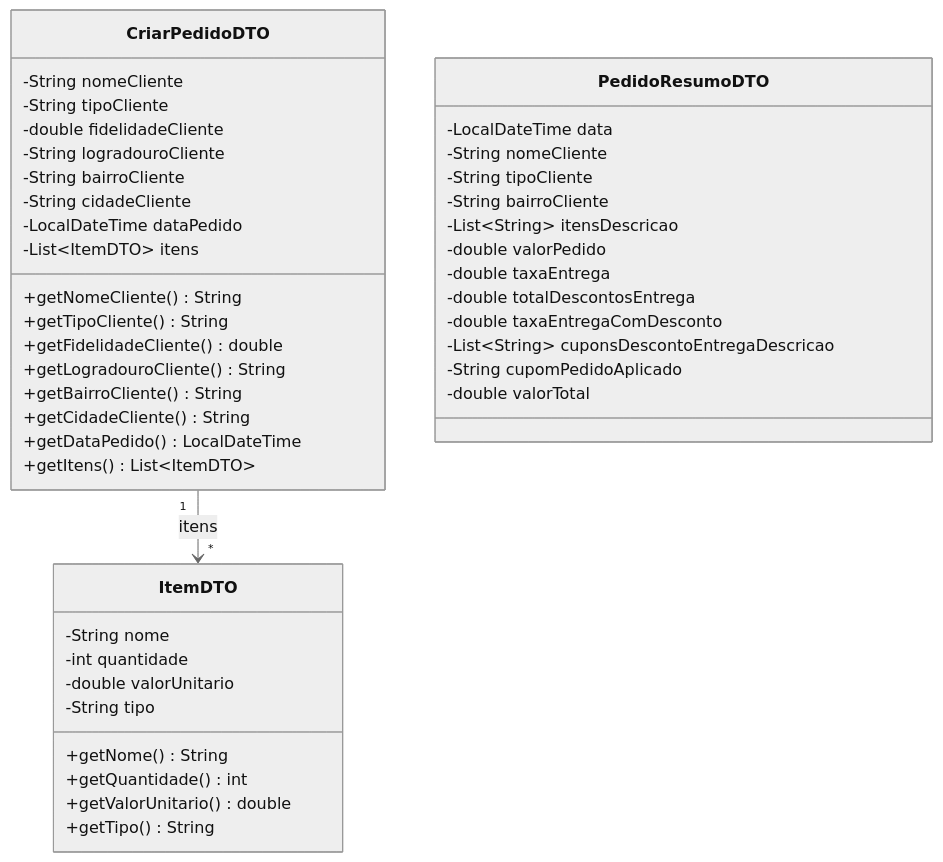
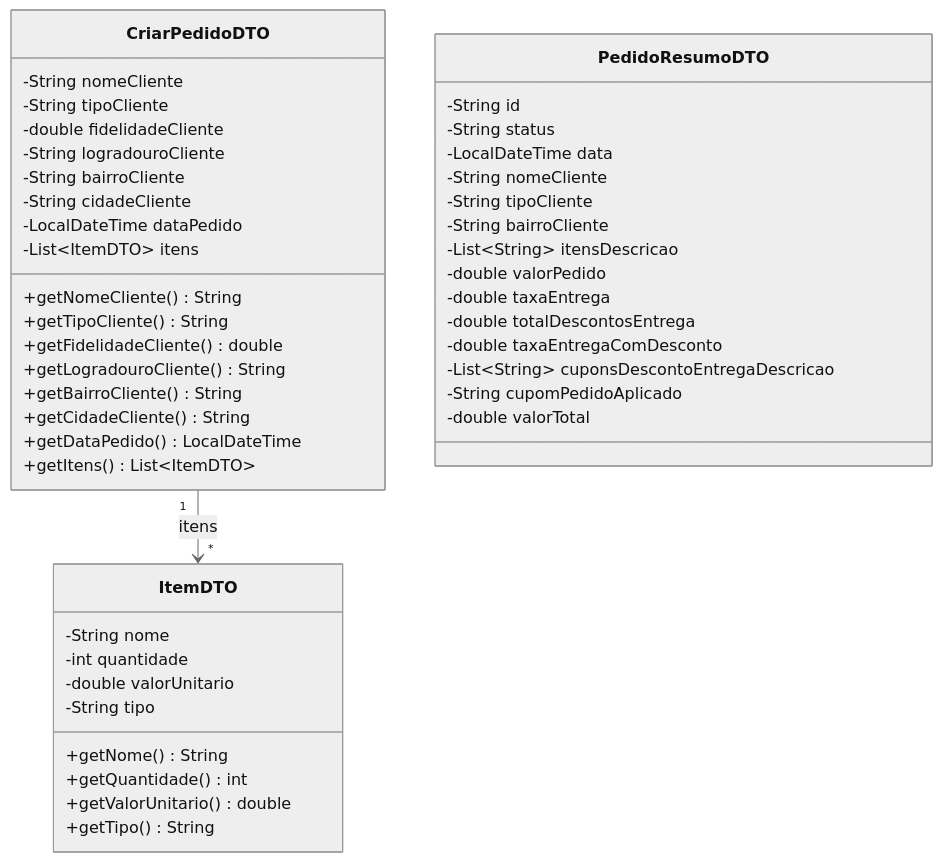
Before and after one commit to lucasfxk/CleanCode_Implementacao: the fourth of 6 diagrams in diagramas_uml.md, drawn with Mermaid (neutral theme). The commit also changed other lines of this file and 65 other files, not shown here.

Commit message:
diagramas e readme atualizados,blindar camada de domínio e desacoplar UI via DTOs

````diff
--- a/diagramas_uml.md
+++ b/diagramas_uml.md
@@ -272,49 +283,51 @@
 ```mermaid
 classDiagram
     class CriarPedidoDTO {
         -String nomeCliente
         -String tipoCliente
         -double fidelidadeCliente
         -String logradouroCliente
         -String bairroCliente
         -String cidadeCliente
         -LocalDateTime dataPedido
         -List~ItemDTO~ itens
         +getNomeCliente() String
         +getTipoCliente() String
         +getFidelidadeCliente() double
         +getLogradouroCliente() String
         +getBairroCliente() String
         +getCidadeCliente() String
         +getDataPedido() LocalDateTime
         +getItens() List~ItemDTO~
     }
 
     class ItemDTO {
         -String nome
         -int quantidade
         -double valorUnitario
         -String tipo
         +getNome() String
         +getQuantidade() int
         +getValorUnitario() double
         +getTipo() String
     }
 
     class PedidoResumoDTO {
+        -String id
+        -String status
         -LocalDateTime data
         -String nomeCliente
         -String tipoCliente
         -String bairroCliente
         -List~String~ itensDescricao
         -double valorPedido
         -double taxaEntrega
         -double totalDescontosEntrega
         -double taxaEntregaComDesconto
         -List~String~ cuponsDescontoEntregaDescricao
         -String cupomPedidoAplicado
         -double valorTotal
     }
 
     CriarPedidoDTO "1" --> "*" ItemDTO : itens
 ```
````
